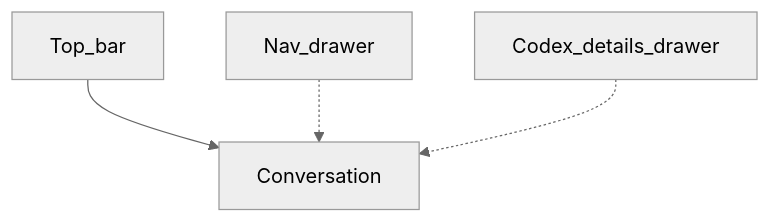
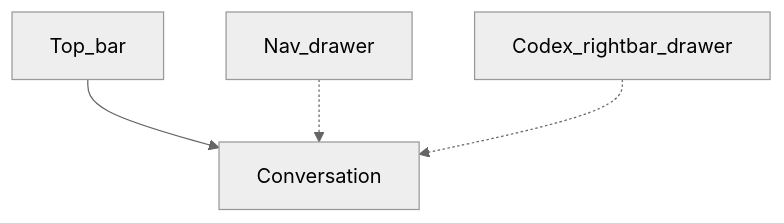
The second of 2 diagrams in README.en.md (NOirBRight/dsh-mobile), drawn with Mermaid (neutral theme) before and after one commit. The commit also changed other lines of this file and 3 other files, not shown here.

````diff
--- a/README.en.md
+++ b/README.en.md
@@ -114,10 +113,10 @@
 ```mermaid
 flowchart TB
   topbar[Top_bar]
   chat[Conversation]
   nav[Nav_drawer]
-  codex[Codex_details_drawer]
+  codex[Codex_rightbar_drawer]
   topbar --> chat
   nav -.-> chat
   codex -.-> chat
 ```
````
